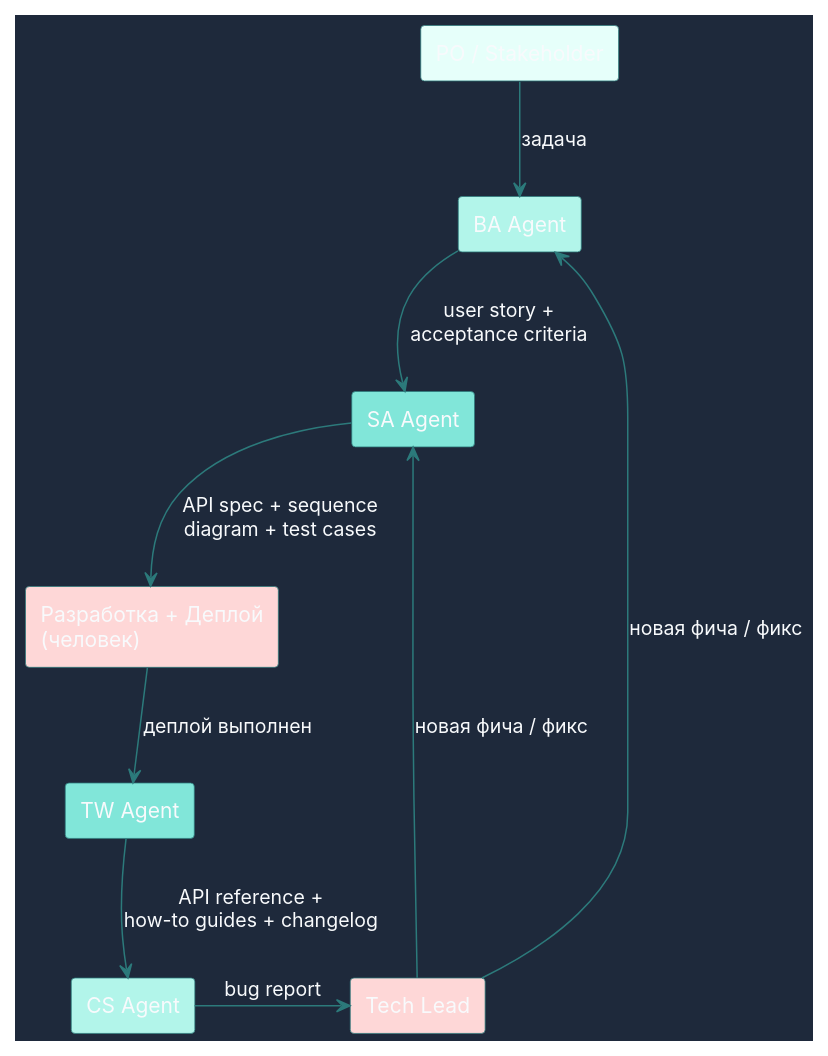
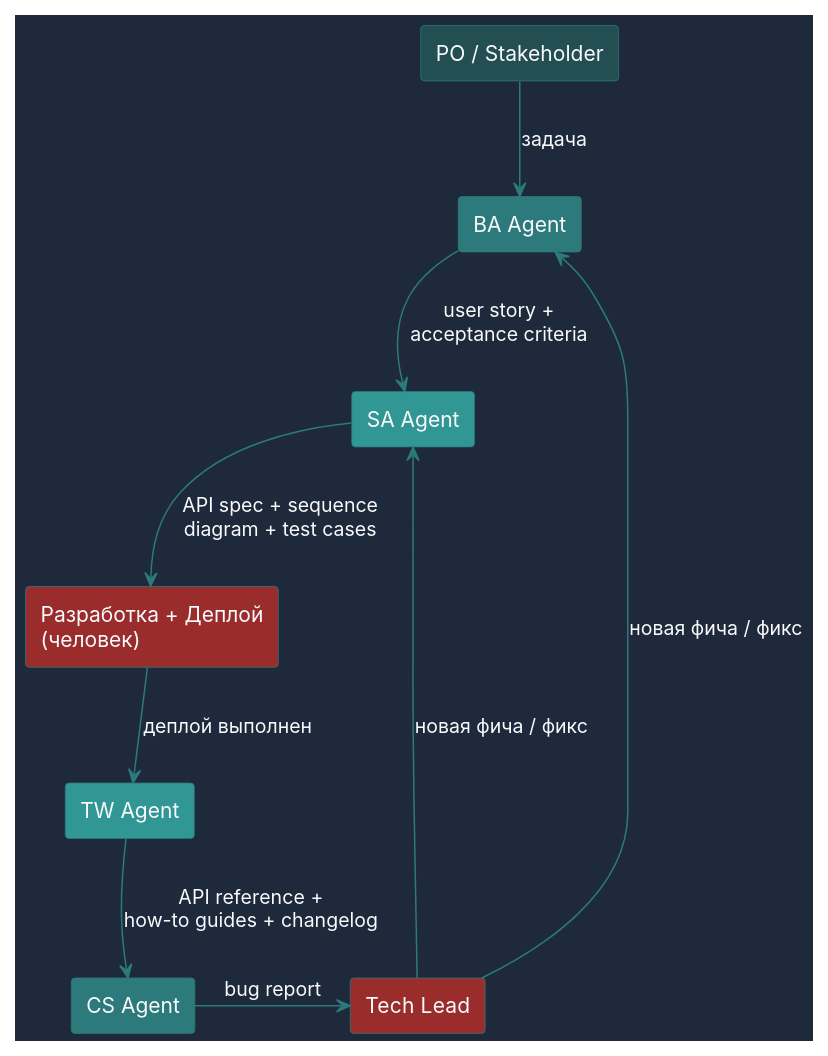
The diagram in docs/context/decision-matrix.md (anurgaz/cita-agents), drawn with PlantUML before and after one commit. The commit also changed 11 other files, not shown here.

````diff
--- a/docs/context/decision-matrix.md
+++ b/docs/context/decision-matrix.md
@@ -86,28 +86,28 @@
 ```kroki-plantuml
 @startuml
 skinparam backgroundColor #1e293b
 skinparam shadowing false
 skinparam defaultFontName Inter
 skinparam defaultFontColor #f8fafc
 skinparam ArrowColor #2c7a7b
 skinparam RectangleBorderColor #2c7a7b
 
-rectangle "PO / Stakeholder" as PO #E6FFFA
-rectangle "BA Agent" as BA #B2F5EA
-rectangle "SA Agent" as SA #81E6D9
-rectangle "Разработка + Деплой\n(человек)" as DEV #FED7D7
-rectangle "TW Agent" as TW #81E6D9
-rectangle "CS Agent" as CS #B2F5EA
-rectangle "Tech Lead" as TL #FED7D7
+rectangle "PO / Stakeholder" as PO #234E52
+rectangle "BA Agent" as BA #2C7A7B
+rectangle "SA Agent" as SA #319795
+rectangle "Разработка + Деплой\n(человек)" as DEV #9B2C2C
+rectangle "TW Agent" as TW #319795
+rectangle "CS Agent" as CS #2C7A7B
+rectangle "Tech Lead" as TL #9B2C2C
 
 PO -down-> BA : задача
 BA -down-> SA : user story +\nacceptance criteria
 SA -down-> DEV : API spec + sequence\ndiagram + test cases
 DEV -down-> TW : деплой выполнен
 TW -down-> CS : API reference +\nhow-to guides + changelog
 
 CS -right-> TL : bug report
 TL -up-> BA : новая фича / фикс
 TL -up-> SA : новая фича / фикс
 @enduml
 ```
````
